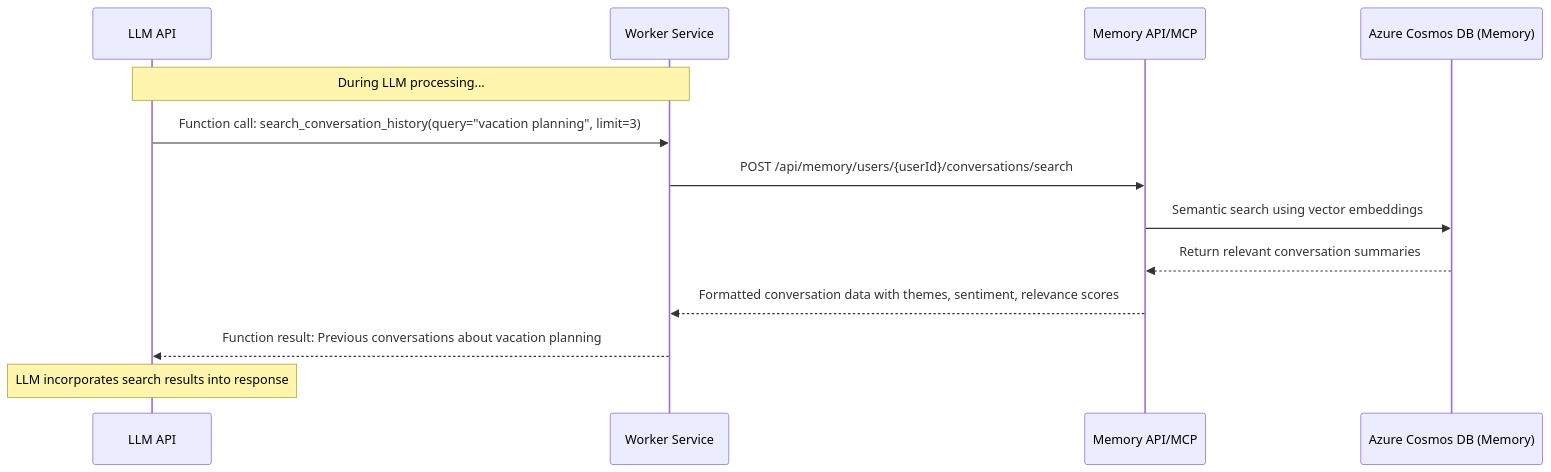
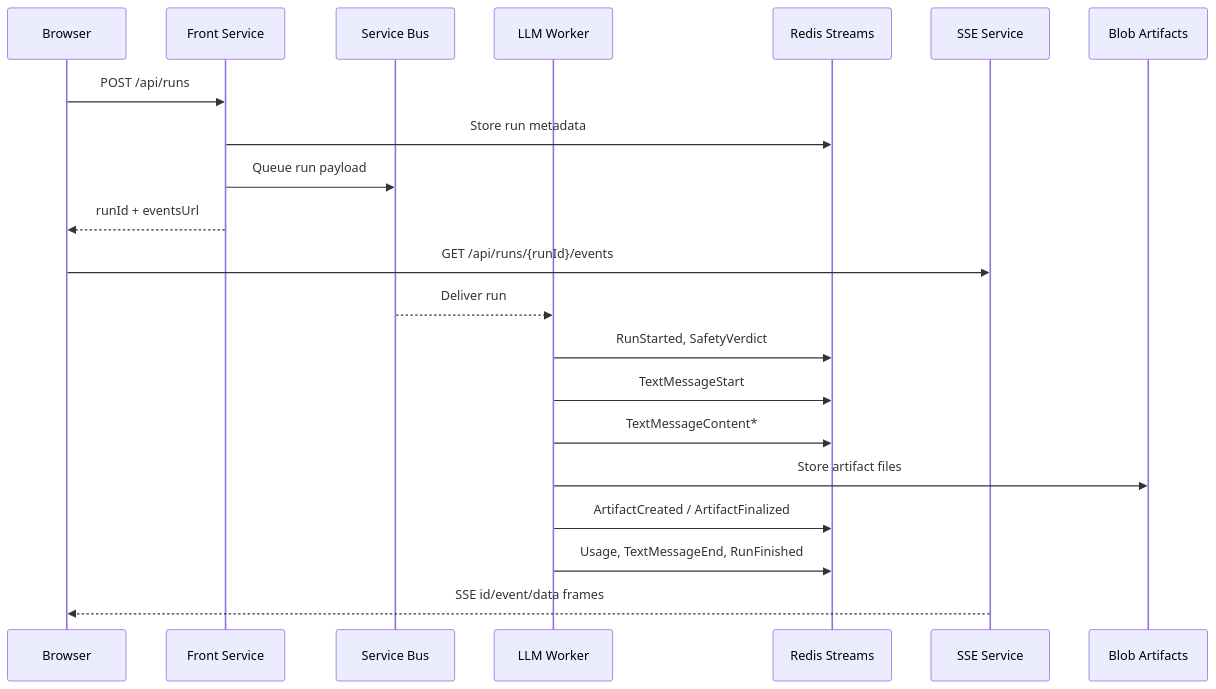
One commit to tkubica12/scalable-ai-chat changed the third of 3 diagrams in docs/Architecture.md. Above: the diagram before and after it, drawn with Mermaid. The commit also changed other lines of this file and 5 other files, not shown here.

Commit message:
Refactor docs for final demo architecture

````diff
--- a/docs/Architecture.md
+++ b/docs/Architecture.md
@@ -390,16 +69,24 @@
 ```mermaid
 sequenceDiagram
-    participant L as LLM API
-    participant W as Worker Service  
-    participant MA as Memory API/MCP
-    participant CDBM as Azure Cosmos DB (Memory)
+    participant B as Browser
+    participant F as Front Service
+    participant SB as Service Bus
+    participant W as LLM Worker
+    participant R as Redis Streams
+    participant S as SSE Service
+    participant A as Blob Artifacts
 
-    Note over L,W: During LLM processing...
-    L->>W: Function call: search_conversation_history(query="vacation planning", limit=3)
-    W->>MA: POST /api/memory/users/{userId}/conversations/search
-    MA->>CDBM: Semantic search using vector embeddings
-    CDBM-->>MA: Return relevant conversation summaries
-    MA-->>W: Formatted conversation data with themes, sentiment, relevance scores
-    W-->>L: Function result: Previous conversations about vacation planning
-    Note over L: LLM incorporates search results into response
+    B->>F: POST /api/runs
+    F->>R: Store run metadata
+    F->>SB: Queue run payload
+    F-->>B: runId + eventsUrl
+    B->>S: GET /api/runs/{runId}/events
+    SB-->>W: Deliver run
+    W->>R: RunStarted, SafetyVerdict
+    W->>R: TextMessageStart
+    W->>R: TextMessageContent*
+    W->>A: Store artifact files
+    W->>R: ArtifactCreated / ArtifactFinalized
+    W->>R: Usage, TextMessageEnd, RunFinished
+    S-->>B: SSE id/event/data frames
 ```
````
